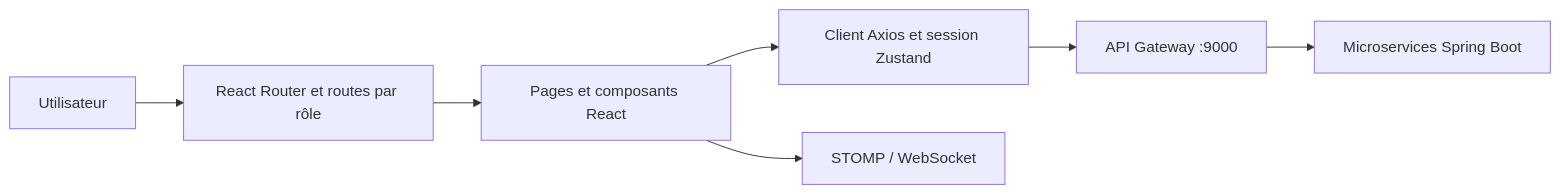
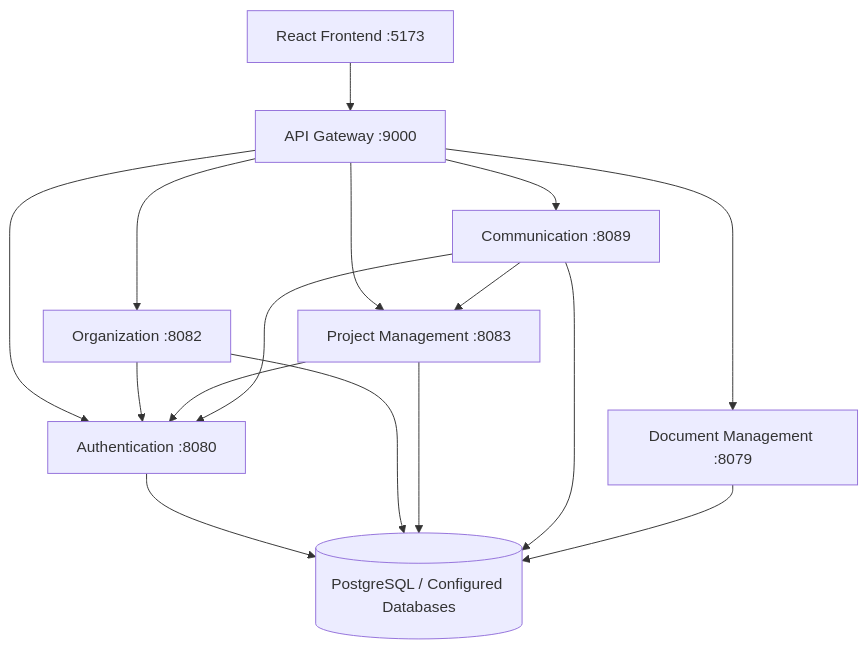
One commit to FATIMA-BOUSMITI/Platform-collaboration-ocp-frontend changed the diagram in README.md. Above: the diagram before and after it, drawn with Mermaid. The commit also changed other lines of this file, not shown here.

````diff
--- a/README.md
+++ b/README.md
@@ -46,9 +45,18 @@
 ```mermaid
-flowchart LR
-    U[Utilisateur] --> R[React Router et routes par rôle]
-    R --> P[Pages et composants React]
-    P --> A[Client Axios et session Zustand]
-    A --> G[API Gateway :9000]
-    G --> S[Microservices Spring Boot]
-    P --> W[STOMP / WebSocket]
+flowchart TD
+    F[React Frontend :5173] --> G[API Gateway :9000]
+    G --> A[Authentication :8080]
+    G --> U[Organization :8082]
+    G --> P[Project Management :8083]
+    G --> C[Communication :8089]
+    G --> D[Document Management :8079]
+    U --> A
+    P --> A
+    C --> A
+    C --> P
+    A --> DB[(PostgreSQL / Configured Databases)]
+    U --> DB
+    P --> DB
+    C --> DB
+    D --> DB
 ```
````
